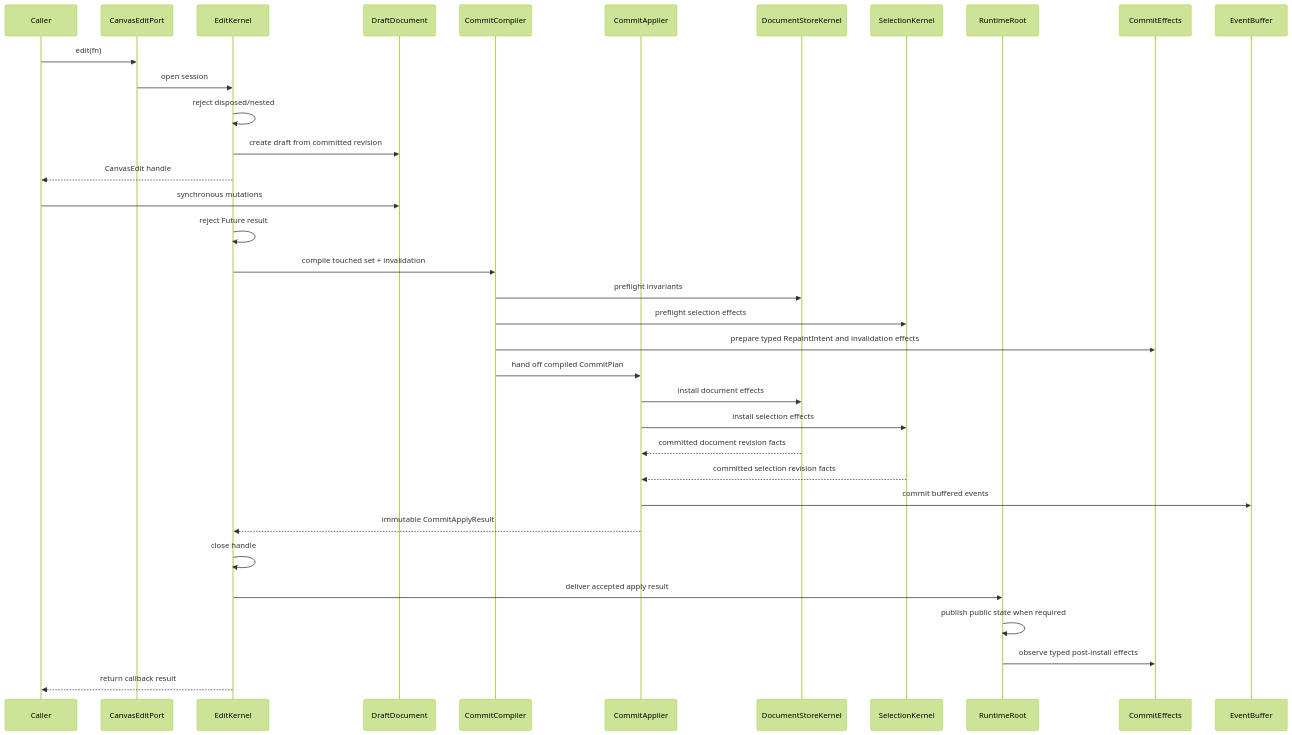
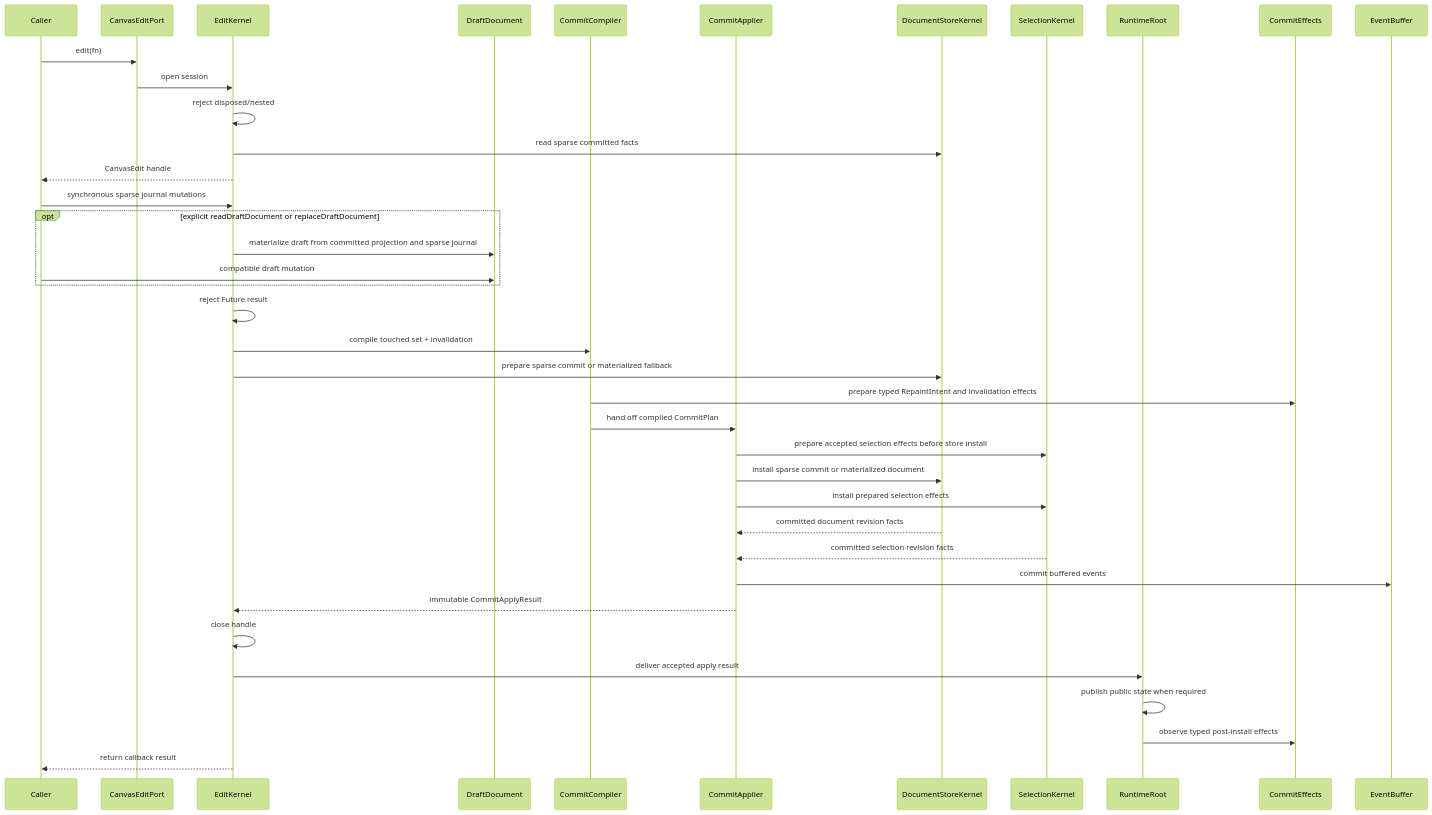
One commit to GreatPika/iwb_canvas_engine changed the first of 2 diagrams in docs/contracts/edit_kernel.md. Above: the diagram before and after it, drawn with Mermaid (forest theme). The commit also changed other lines of this file and 8 other files, not shown here.

First line of the commit message:
docs(edit): document sparse edit commit flow

````diff
--- a/docs/contracts/edit_kernel.md
+++ b/docs/contracts/edit_kernel.md
@@ -52,38 +52,42 @@
 ```mermaid
 sequenceDiagram
   participant Caller
   participant API as CanvasEditPort
   participant EK as EditKernel
   participant Draft as DraftDocument
   participant CC as CommitCompiler
   participant Applier as CommitApplier
   participant Store as DocumentStoreKernel
   participant Selection as SelectionKernel
   participant Runtime as RuntimeRoot
   participant Effects as CommitEffects
   participant Events as EventBuffer
 
   Caller->>API: edit(fn)
   API->>EK: open session
   EK->>EK: reject disposed/nested
-  EK->>Draft: create draft from committed revision
+  EK->>Store: read sparse committed facts
   EK-->>Caller: CanvasEdit handle
-  Caller->>Draft: synchronous mutations
+  Caller->>EK: synchronous sparse journal mutations
+  opt explicit readDraftDocument or replaceDraftDocument
+    EK->>Draft: materialize draft from committed projection and sparse journal
+    Caller->>Draft: compatible draft mutation
+  end
   EK->>EK: reject Future result
   EK->>CC: compile touched set + invalidation
-  CC->>Store: preflight invariants
-  CC->>Selection: preflight selection effects
+  EK->>Store: prepare sparse commit or materialized fallback
   CC->>Effects: prepare typed RepaintIntent and invalidation effects
   CC->>Applier: hand off compiled CommitPlan
-  Applier->>Store: install document effects
-  Applier->>Selection: install selection effects
+  Applier->>Selection: prepare accepted selection effects before store install
+  Applier->>Store: install sparse commit or materialized document
+  Applier->>Selection: install prepared selection effects
   Store-->>Applier: committed document revision facts
   Selection-->>Applier: committed selection revision facts
   Applier->>Events: commit buffered events
   Applier-->>EK: immutable CommitApplyResult
   EK->>EK: close handle
   EK->>Runtime: deliver accepted apply result
   Runtime->>Runtime: publish public state when required
   Runtime->>Effects: observe typed post-install effects
   EK-->>Caller: return callback result
 ```
````
